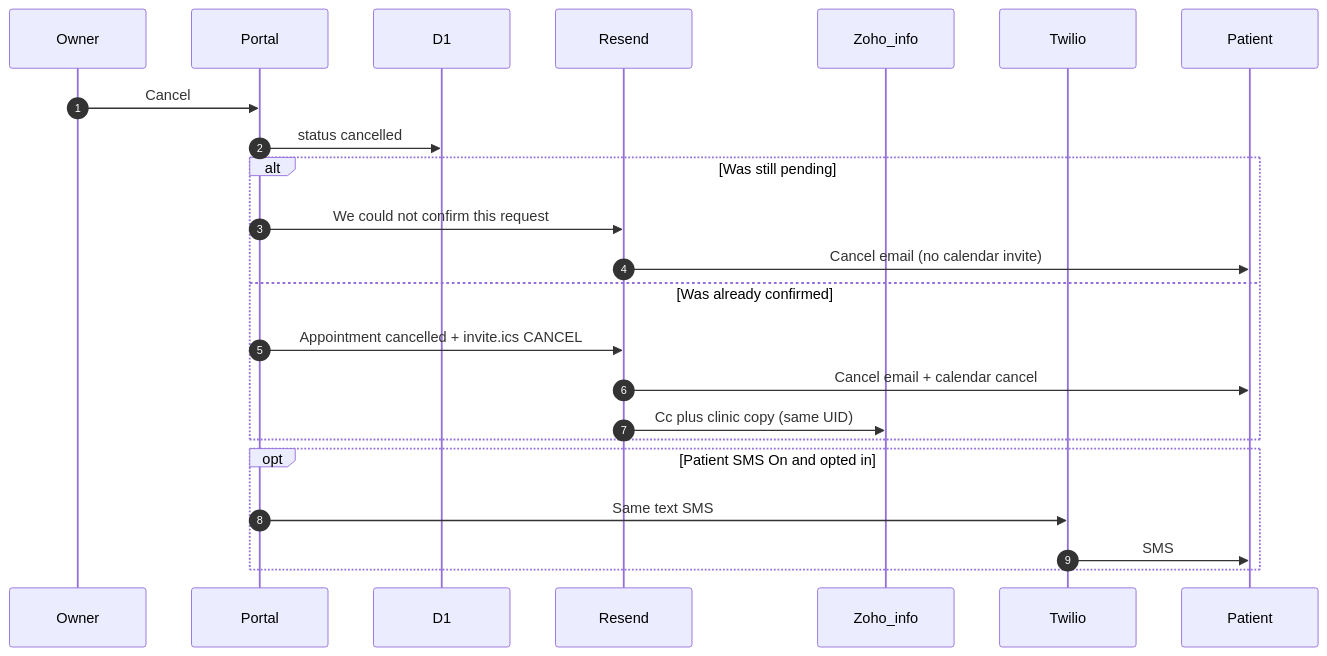
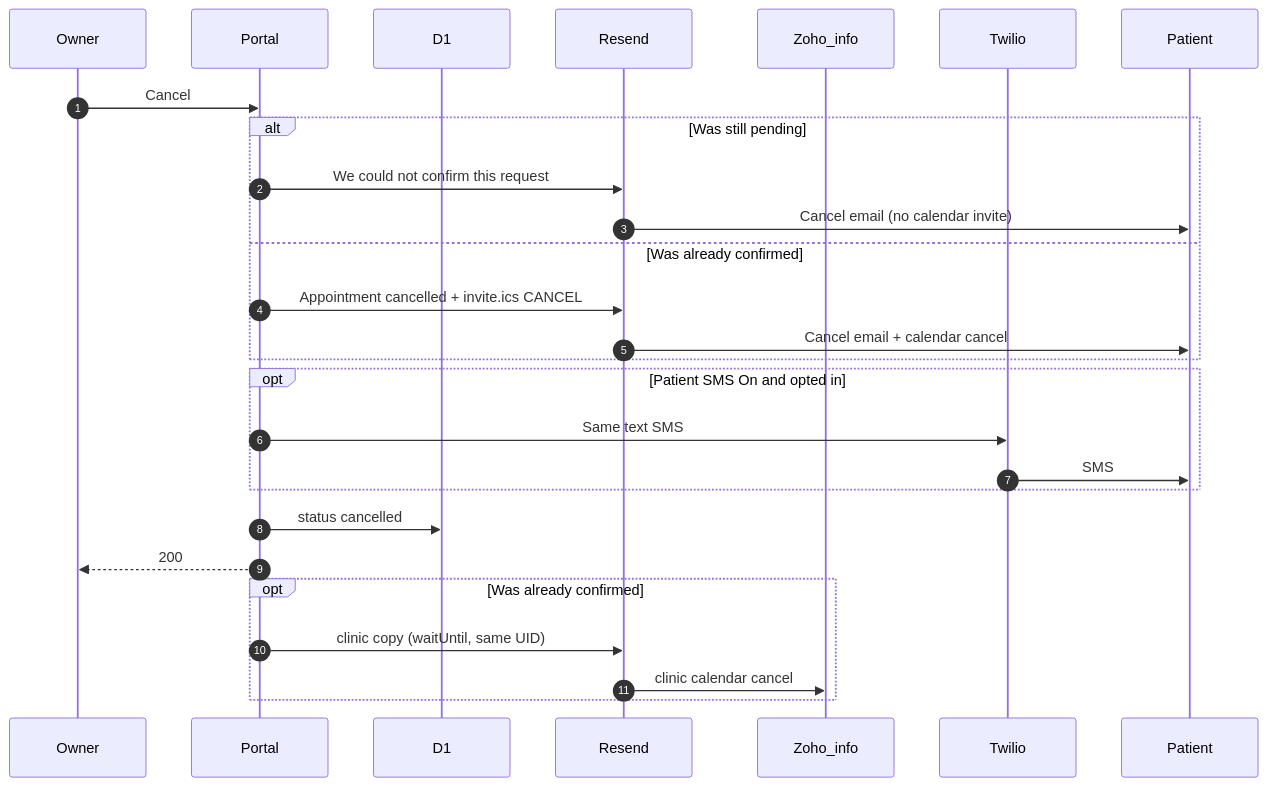
The diagram in docs/booking-sequence-cancel.mmd (hbacalso1229/wellness-needles), drawn with Mermaid before and after one commit. The commit also changed 24 other files, not shown here.

```diff
--- a/docs/booking-sequence-cancel.mmd
+++ b/docs/booking-sequence-cancel.mmd
@@ -1,25 +1,28 @@
 sequenceDiagram
   autonumber
   participant Owner
   participant Portal
   participant D1
   participant Resend
   participant Zoho_info
   participant Twilio
   participant Patient
 
   Owner->>Portal: Cancel
-  Portal->>D1: status cancelled
-
   alt Was still pending
     Portal->>Resend: We could not confirm this request
     Resend->>Patient: Cancel email (no calendar invite)
   else Was already confirmed
     Portal->>Resend: Appointment cancelled + invite.ics CANCEL
     Resend->>Patient: Cancel email + calendar cancel
-    Resend->>Zoho_info: Cc plus clinic copy (same UID)
   end
   opt Patient SMS On and opted in
     Portal->>Twilio: Same text SMS
     Twilio->>Patient: SMS
   end
+  Portal->>D1: status cancelled
+  Portal-->>Owner: 200
+  opt Was already confirmed
+    Portal->>Resend: clinic copy (waitUntil, same UID)
+    Resend->>Zoho_info: clinic calendar cancel
+  end
```
